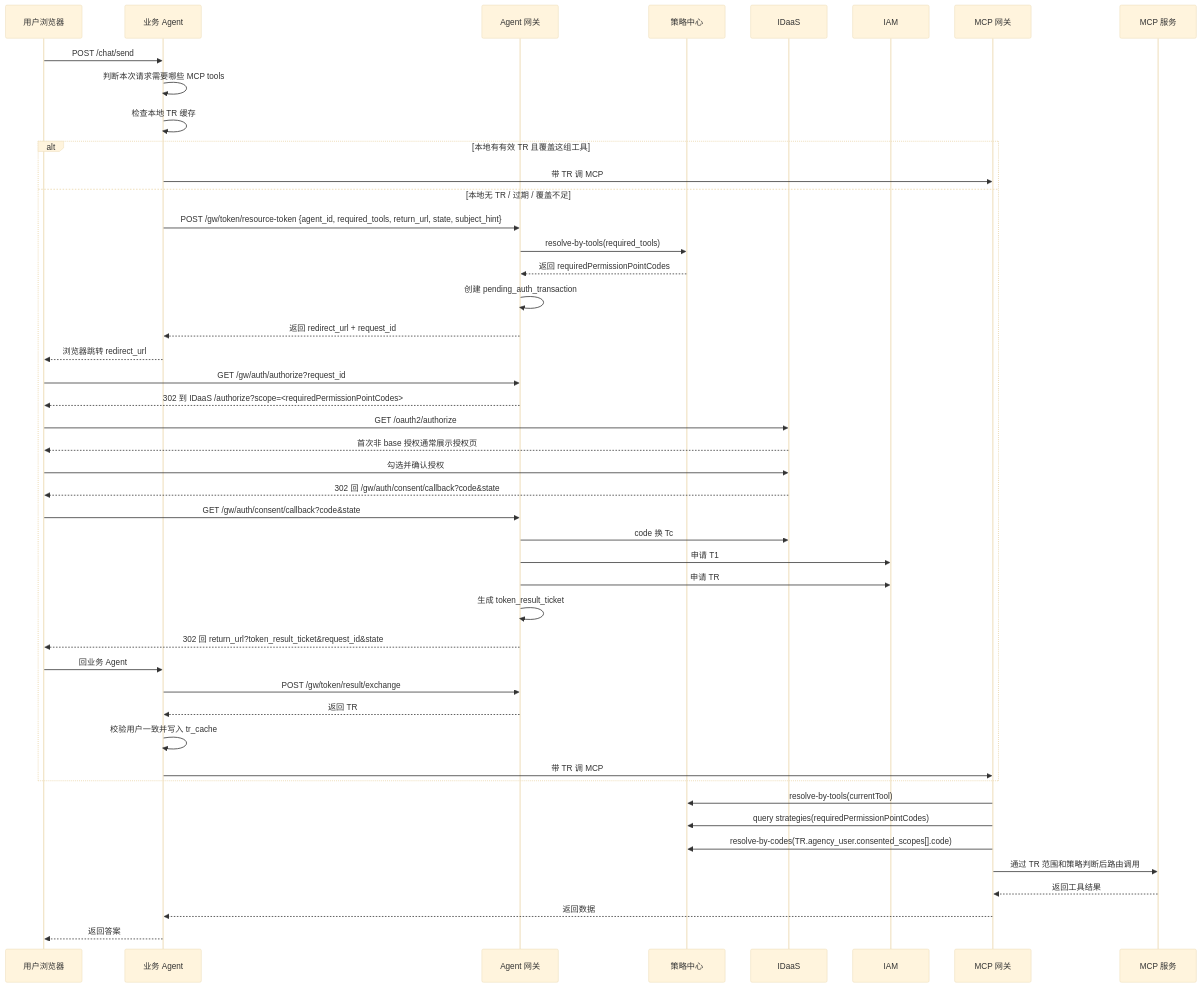
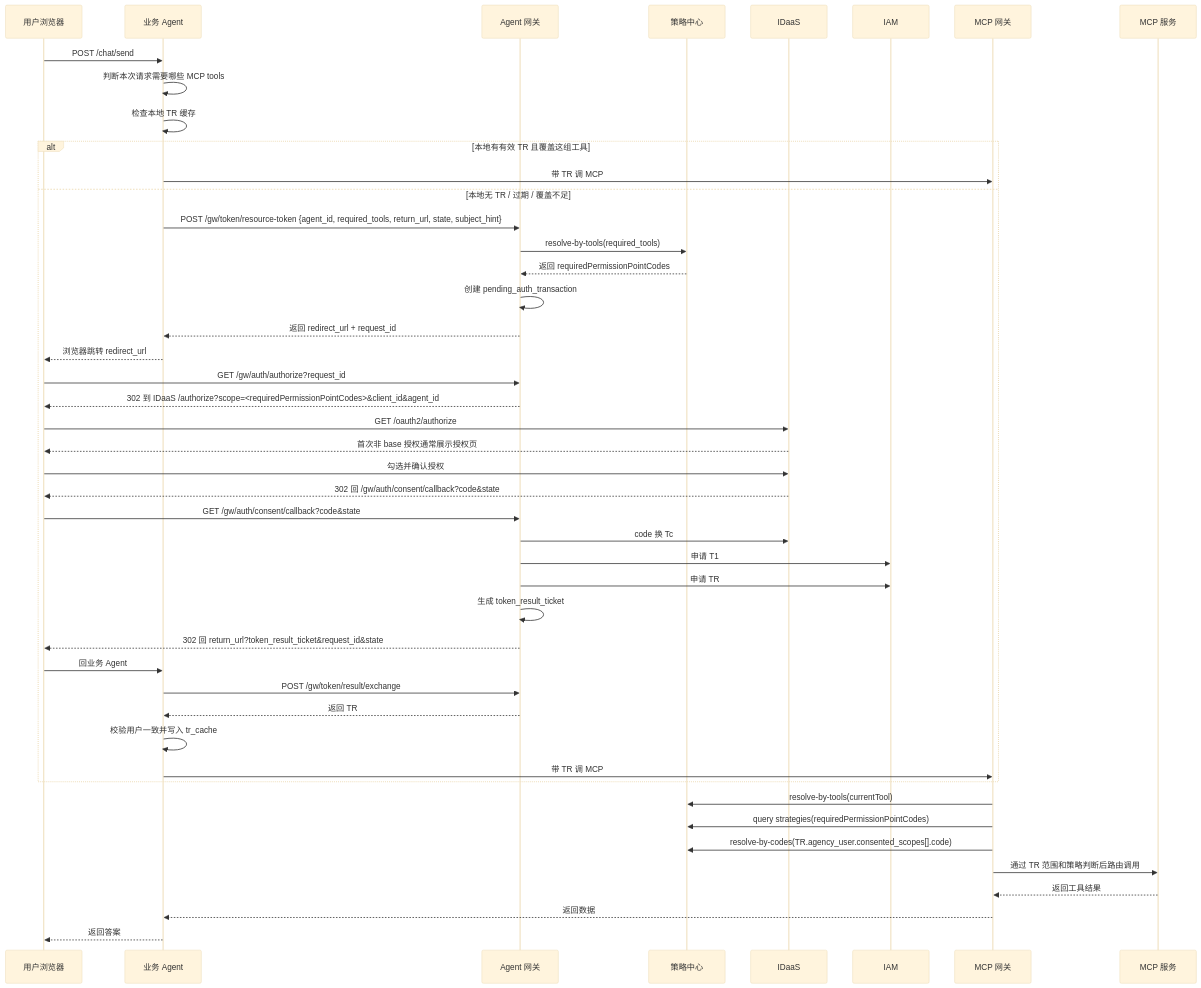
One commit to xuning117634-ux/auth-design-spec changed the third of 3 diagrams in docs/final_design/02_引入Agent网关版方案.md. Above: the diagram before and after it, drawn with Mermaid (base theme). The commit also changed other lines of this file and 51 other files, not shown here.

````diff
--- a/docs/final_design/02_引入Agent网关版方案.md
+++ b/docs/final_design/02_引入Agent网关版方案.md
@@ -252,51 +285,51 @@
 ```mermaid
 sequenceDiagram
     participant 用户 as 用户浏览器
     participant Agent as 业务 Agent
     participant GW as Agent 网关
     participant PC as 策略中心
     participant IDaaS as IDaaS
     participant IAM as IAM
     participant MCP网关 as MCP 网关
     participant MCP服务 as MCP 服务
 
     用户->>Agent: POST /chat/send
     Agent->>Agent: 判断本次请求需要哪些 MCP tools
     Agent->>Agent: 检查本地 TR 缓存
 
     alt 本地有有效 TR 且覆盖这组工具
         Agent->>MCP网关: 带 TR 调 MCP
     else 本地无 TR / 过期 / 覆盖不足
         Agent->>GW: POST /gw/token/resource-token {agent_id, required_tools, return_url, state, subject_hint}
         GW->>PC: resolve-by-tools(required_tools)
         PC-->>GW: 返回 requiredPermissionPointCodes
         GW->>GW: 创建 pending_auth_transaction
         GW-->>Agent: 返回 redirect_url + request_id
         Agent-->>用户: 浏览器跳转 redirect_url
         用户->>GW: GET /gw/auth/authorize?request_id
-        GW-->>用户: 302 到 IDaaS /authorize?scope=<requiredPermissionPointCodes>
+        GW-->>用户: 302 到 IDaaS /authorize?scope=<requiredPermissionPointCodes>&client_id&agent_id
         用户->>IDaaS: GET /oauth2/authorize
         IDaaS-->>用户: 首次非 base 授权通常展示授权页
         用户->>IDaaS: 勾选并确认授权
         IDaaS-->>用户: 302 回 /gw/auth/consent/callback?code&state
         用户->>GW: GET /gw/auth/consent/callback?code&state
         GW->>IDaaS: code 换 Tc
         GW->>IAM: 申请 T1
         GW->>IAM: 申请 TR
         GW->>GW: 生成 token_result_ticket
         GW-->>用户: 302 回 return_url?token_result_ticket&request_id&state
         用户->>Agent: 回业务 Agent
         Agent->>GW: POST /gw/token/result/exchange
         GW-->>Agent: 返回 TR
         Agent->>Agent: 校验用户一致并写入 tr_cache
         Agent->>MCP网关: 带 TR 调 MCP
     end
 
     MCP网关->>PC: resolve-by-tools(currentTool)
     MCP网关->>PC: query strategies(requiredPermissionPointCodes)
     MCP网关->>PC: resolve-by-codes(TR.agency_user.consented_scopes[].code)
     MCP网关->>MCP服务: 通过 TR 范围和策略判断后路由调用
     MCP服务-->>MCP网关: 返回工具结果
     MCP网关-->>Agent: 返回数据
     Agent-->>用户: 返回答案
 ```
````
